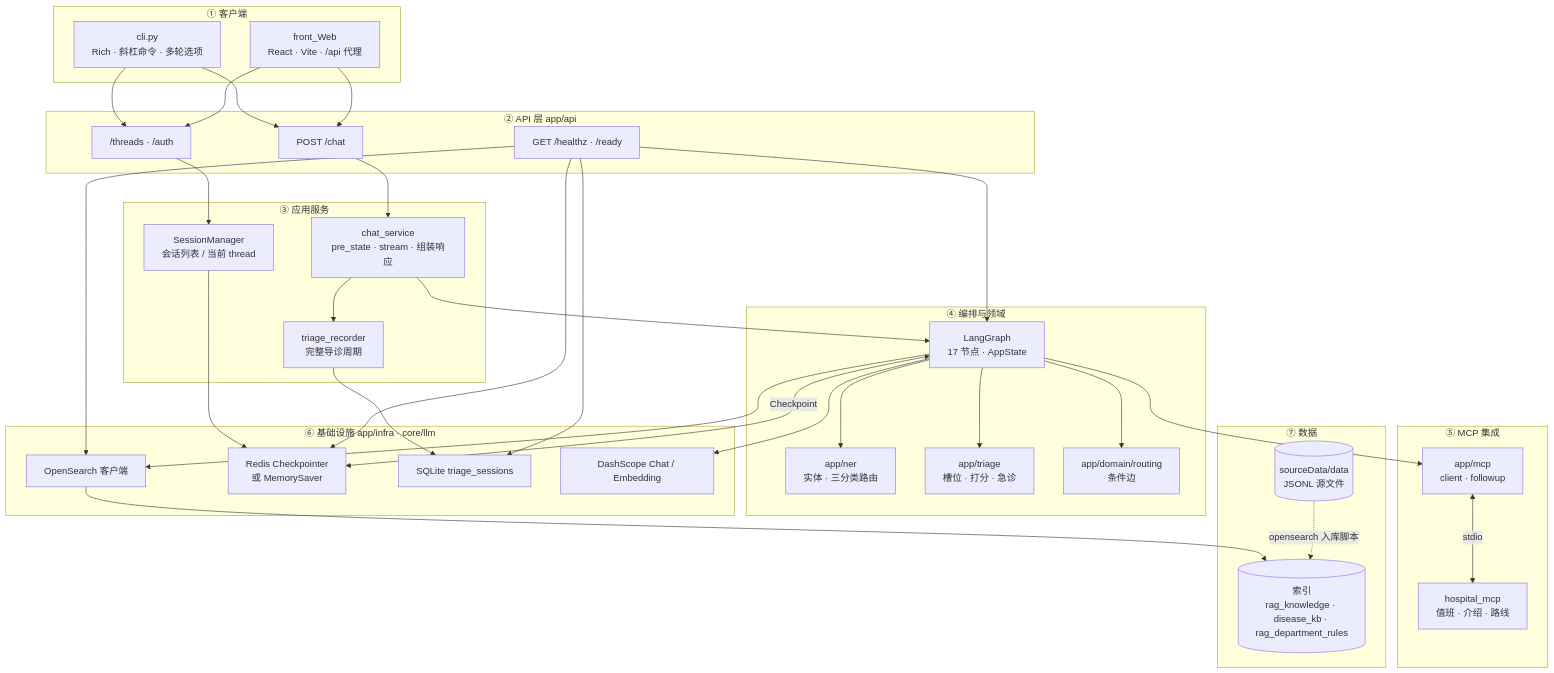
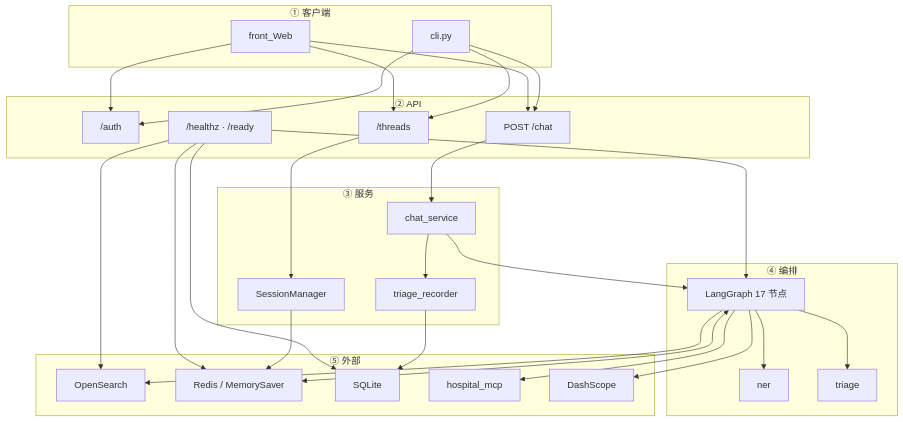
One commit to lobokiol/InitialArchitectureForMedicalAgent1 changed the diagram in README.md. Above: the diagram before and after it, drawn with Mermaid. The commit also changed other lines of this file and 27 other files, not shown here.

````diff
--- a/README.md
+++ b/README.md
@@ -76,59 +53,43 @@
 ```mermaid
 flowchart TB
     subgraph L1["① 客户端"]
-        CLI["cli.py<br/>Rich · 斜杠命令 · 多轮选项"]
-        WEB["front_Web<br/>React · Vite · /api 代理"]
+        CLI["cli.py"]
+        WEB["front_Web"]
     end
 
-    subgraph L2["② API 层 app/api"]
+    subgraph L2["② API"]
+        AUTH["/auth"]
         CHAT["POST /chat"]
-        THREADS["/threads · /auth"]
-        HEALTH["GET /healthz · /ready"]
+        THREADS["/threads"]
+        HEALTH["/healthz · /ready"]
     end
 
-    subgraph L3["③ 应用服务"]
-        CS["chat_service<br/>pre_state · stream · 组装响应"]
-        TR["triage_recorder<br/>完整导诊周期"]
-        SM["SessionManager<br/>会话列表 / 当前 thread"]
+    subgraph L3["③ 服务"]
+        CS["chat_service"]
+        TR["triage_recorder"]
+        SM["SessionManager"]
     end
 
-    subgraph L4["④ 编排与领域"]
-        LG["LangGraph<br/>17 节点 · AppState"]
-        NER["app/ner<br/>实体 · 三分类路由"]
-        TRI["app/triage<br/>槽位 · 打分 · 急诊"]
-        RT["app/domain/routing<br/>条件边"]
+    subgraph L4["④ 编排"]
+        LG["LangGraph 17 节点"]
+        NER["ner"]
+        TRI["triage"]
     end
 
-    subgraph L5["⑤ MCP 集成"]
-        MCP_CLIENT["app/mcp<br/>client · followup"]
-        HOSP_MCP["hospital_mcp<br/>值班 · 介绍 · 路线"]
+    subgraph L5["⑤ 外部"]
+        OS["OpenSearch"]
+        RD["Redis / MemorySaver"]
+        SQ["SQLite"]
+        MCP["hospital_mcp"]
+        LLM["DashScope"]
     end
 
-    subgraph L6["⑥ 基础设施 app/infra · core/llm"]
-        OS["OpenSearch 客户端"]
-        RD["Redis Checkpointer<br/>或 MemorySaver"]
-        SQ["SQLite triage_sessions"]
-        LLM["DashScope Chat / Embedding"]
-    end
-
-    subgraph L7["⑦ 数据"]
-        IDX[("索引<br/>rag_knowledge · disease_kb · rag_department_rules")]
-        JSONL[("sourceData/data<br/>JSONL 源文件")]
-    end
-
-    CLI & WEB --> CHAT & THREADS
-    CHAT --> CS
-    THREADS --> SM
-    CS --> LG
-    CS --> TR
-    LG --> NER & TRI & RT
-    LG --> OS & LLM
-    LG --> MCP_CLIENT
-    MCP_CLIENT <-->|stdio| HOSP_MCP
-    LG <-->|Checkpoint| RD
-    SM --> RD
-    TR --> SQ
-    OS --> IDX
-    JSONL -.->|opensearch 入库脚本| IDX
+    CLI & WEB --> AUTH & CHAT & THREADS
+    CHAT --> CS --> LG
+    CS --> TR --> SQ
+    THREADS --> SM --> RD
+    LG --> NER & TRI
+    LG --> OS & LLM & MCP
+    LG <--> RD
     HEALTH --> OS & RD & SQ & LG
 ```
````
